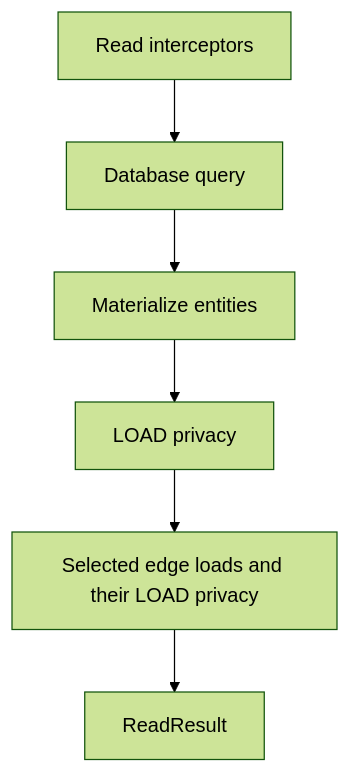
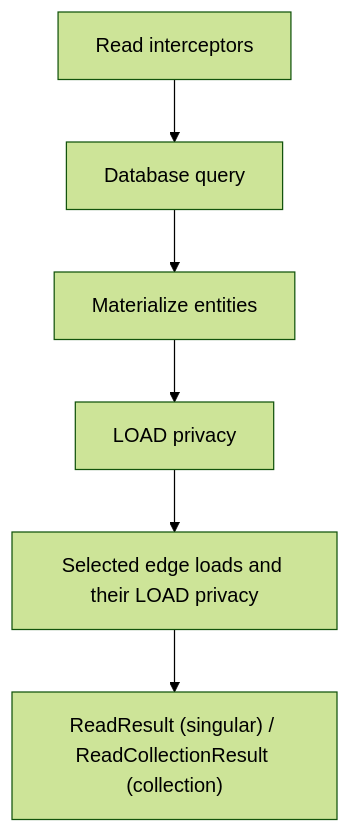
The first of 6 diagrams in docs/operation-lifecycle.md (CaseyMcGuire/EntKt), drawn with Mermaid (forest theme) before and after one commit. The commit also changed other lines of this file and 16 other files, not shown here.

````diff
--- a/docs/operation-lifecycle.md
+++ b/docs/operation-lifecycle.md
@@ -101,8 +103,8 @@
 ```mermaid
 flowchart TD
     interceptor["Read interceptors"] --> query["Database query"]
     query --> materialize["Materialize entities"]
     materialize --> privacy["LOAD privacy"]
     privacy --> eager["Selected edge loads and their LOAD privacy"]
-    eager --> result["ReadResult"]
+    eager --> result["ReadResult (singular) / ReadCollectionResult (collection)"]
 ```
````
